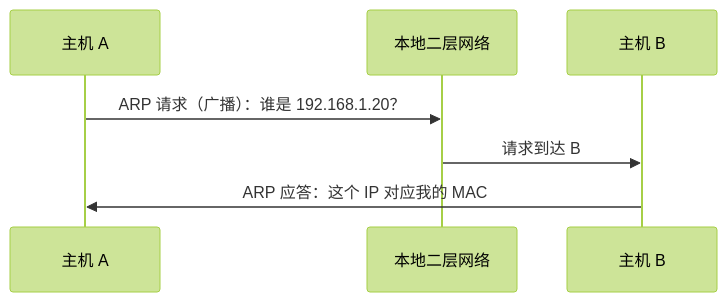
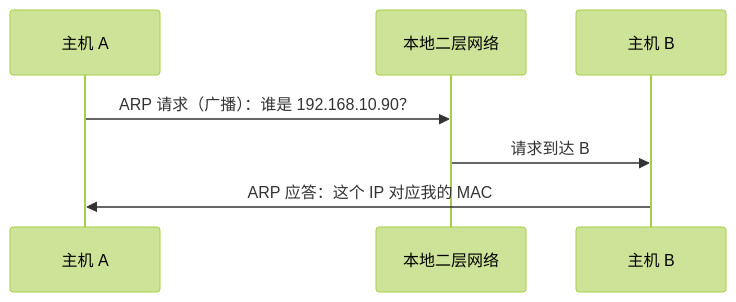
Before and after one commit to 74262195/system-architect-notes: the first of 2 diagrams in 01_综合知识/01_计算机系统基础知识/03_计算机网络/05_IP网络与路由/01_IP控制与邻居发现/ARP地址解析.md, drawn with Mermaid (forest theme). The commit also changed other lines of this file and 3 other files, not shown here.

````diff
--- a/01_综合知识/01_计算机系统基础知识/03_计算机网络/05_IP网络与路由/01_IP控制与邻居发现/ARP地址解析.md
+++ b/01_综合知识/01_计算机系统基础知识/03_计算机网络/05_IP网络与路由/01_IP控制与邻居发现/ARP地址解析.md
@@ -84,9 +82,9 @@
 ```mermaid
 sequenceDiagram
     participant A as 主机 A
     participant LAN as 本地二层网络
     participant B as 主机 B
-    A->>LAN: ARP 请求（广播）：谁是 192.168.1.20？
+    A->>LAN: ARP 请求（广播）：谁是 192.168.10.90？
     LAN->>B: 请求到达 B
     B->>A: ARP 应答：这个 IP 对应我的 MAC
 ```
````
